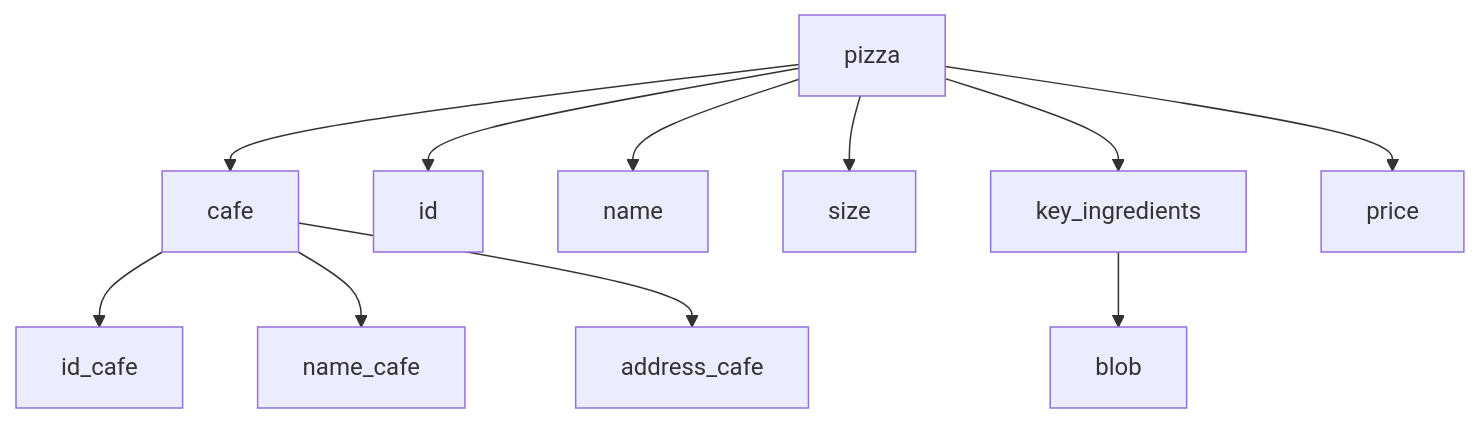
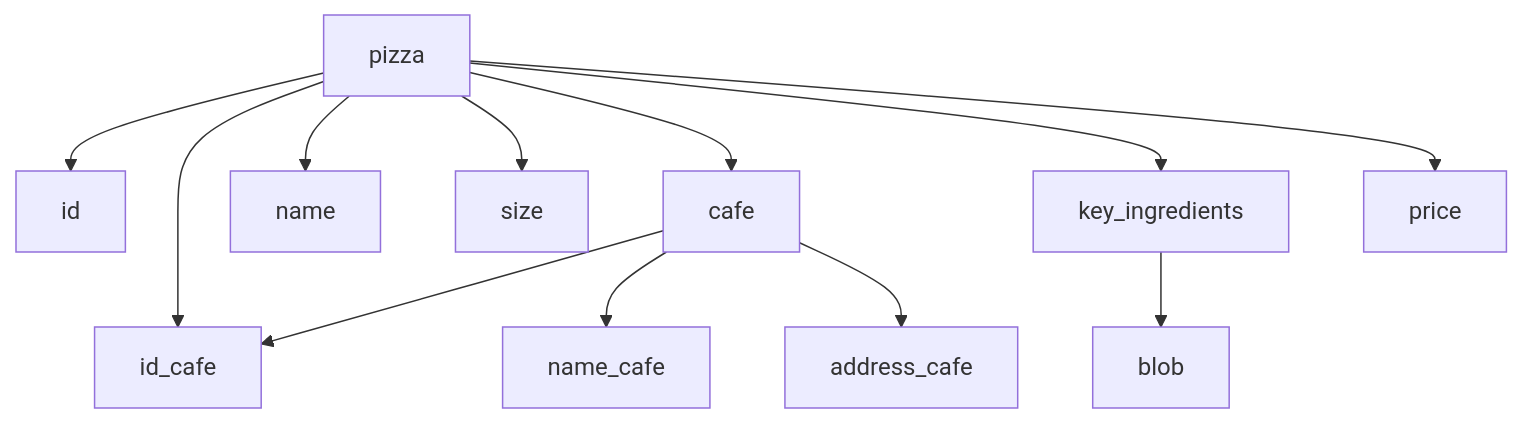
The diagram in README.md (2Alex20/Nazarov-java-pizzaproject), drawn with Mermaid before and after one commit.

Commit message:
Update README.md
fix DB scheeme

````diff
--- a/README.md
+++ b/README.md
@@ -17,13 +17,14 @@
 ```mermaid
 graph TD;
     cafe-->id_cafe;
     cafe-->name_cafe;
     cafe-->address_cafe;
     pizza-->id;
+    pizza-->id_cafe;
     pizza-->name;
     pizza-->size;
     pizza-->cafe;
     pizza-->key_ingredients;
     pizza-->price;
     key_ingredients-->blob;
 ```
````
